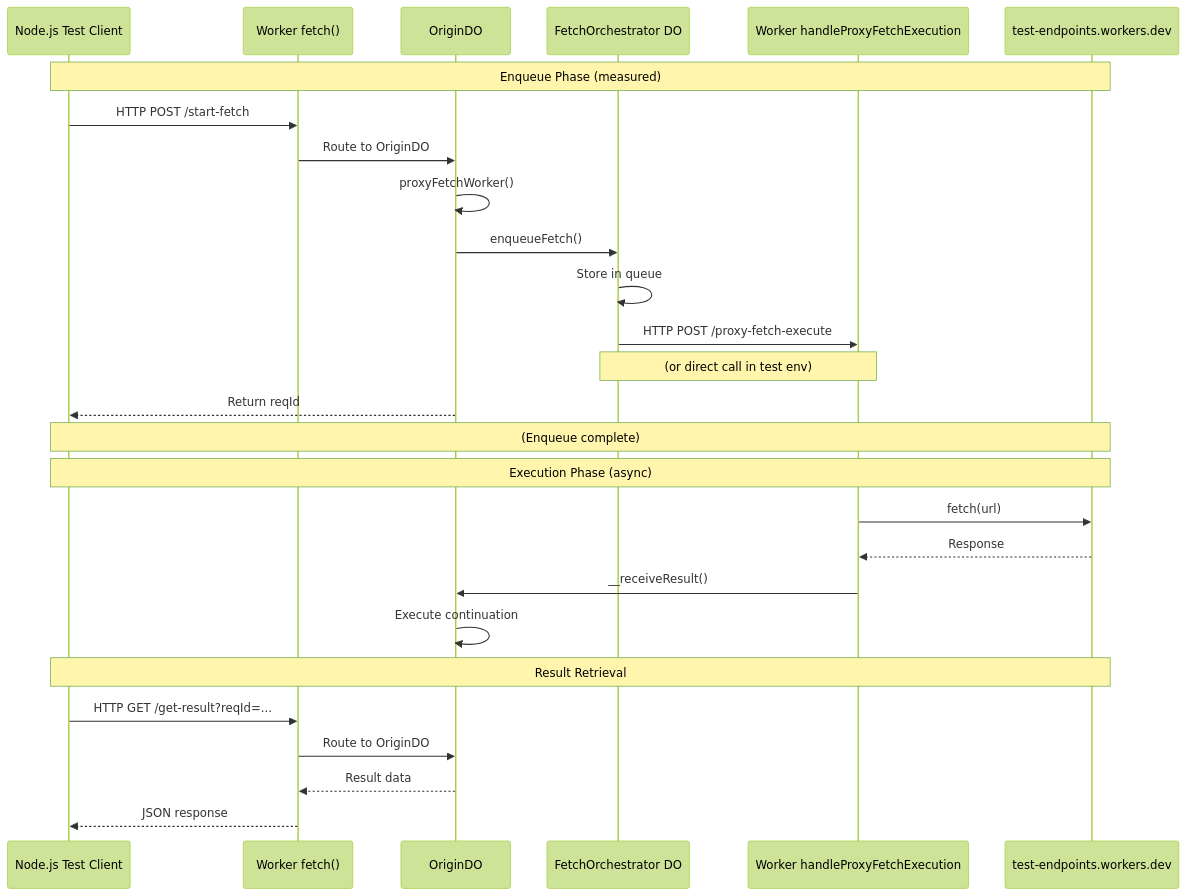
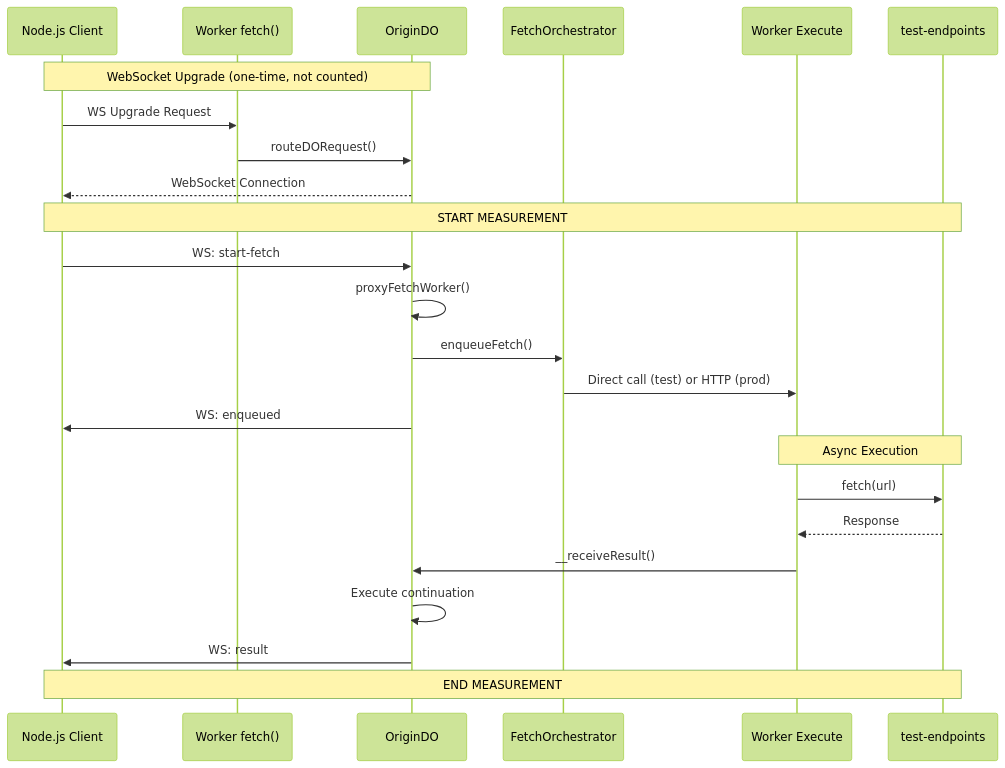
The diagram in experiments/proxy-fetch-latency/MEASUREMENTS.md (lumenize/lumenize), drawn with Mermaid (forest theme) before and after one commit. The commit also changed other lines of this file and 3 other files, not shown here.

First line of the commit message:
feat: Upgrade latency experiment to WebSocket (no polling)

````diff
--- a/experiments/proxy-fetch-latency/MEASUREMENTS.md
+++ b/experiments/proxy-fetch-latency/MEASUREMENTS.md
@@ -9,32 +7,29 @@
 ```mermaid
 sequenceDiagram
-    participant Client as Node.js Test Client
+    participant Client as Node.js Client
     participant Worker as Worker fetch()
     participant Origin as OriginDO
-    participant Orch as FetchOrchestrator DO
-    participant WExec as Worker handleProxyFetchExecution
-    participant TestEP as test-endpoints.workers.dev
+    participant Orch as FetchOrchestrator
+    participant WExec as Worker Execute
+    participant TestEP as test-endpoints
     
-    Note over Client,TestEP: Enqueue Phase (measured)
-    Client->>Worker: HTTP POST /start-fetch
-    Worker->>Origin: Route to OriginDO
+    Note over Client,Origin: WebSocket Upgrade (one-time, not counted)
+    Client->>Worker: WS Upgrade Request
+    Worker->>Origin: routeDORequest()
+    Origin-->>Client: WebSocket Connection
+    
+    Note over Client,TestEP: START MEASUREMENT
+    Client->>Origin: WS: start-fetch
     Origin->>Origin: proxyFetchWorker()
     Origin->>Orch: enqueueFetch()
-    Orch->>Orch: Store in queue
-    Orch->>WExec: HTTP POST /proxy-fetch-execute
-    Note over Orch,WExec: (or direct call in test env)
-    Origin-->>Client: Return reqId
-    Note over Client,TestEP: (Enqueue complete)
+    Orch->>WExec: Direct call (test) or HTTP (prod)
+    Origin->>Client: WS: enqueued
     
-    Note over Client,TestEP: Execution Phase (async)
+    Note over WExec,TestEP: Async Execution
     WExec->>TestEP: fetch(url)
     TestEP-->>WExec: Response
     WExec->>Origin: __receiveResult()
     Origin->>Origin: Execute continuation
-    
-    Note over Client,TestEP: Result Retrieval
-    Client->>Worker: HTTP GET /get-result?reqId=...
-    Worker->>Origin: Route to OriginDO
-    Origin-->>Worker: Result data
-    Worker-->>Client: JSON response
+    Origin->>Client: WS: result
+    Note over Client,TestEP: END MEASUREMENT
 ```
````
